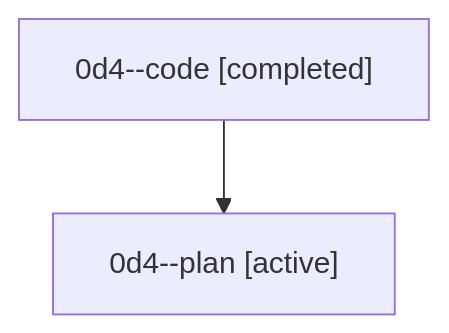
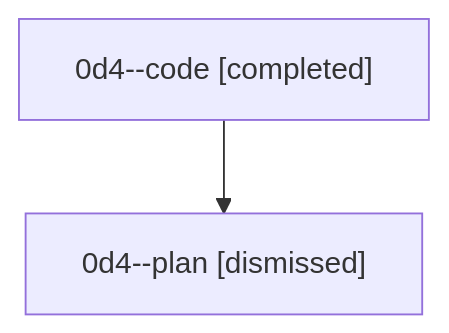
Before and after one commit to sase-org/sase--agents: the diagram in sessions/bbugyi200.athena.0d4.md, drawn with Mermaid. The commit also changed other lines of this file and 38 other files, not shown here.

````diff
--- a/sessions/bbugyi200.athena.0d4.md
+++ b/sessions/bbugyi200.athena.0d4.md
@@ -9,6 +9,6 @@
 ```mermaid
 flowchart TD
   n0["0d4--code [completed]"]
-  n1["0d4--plan [active]"]
+  n1["0d4--plan [dismissed]"]
   n0 --> n1
 ```
````
